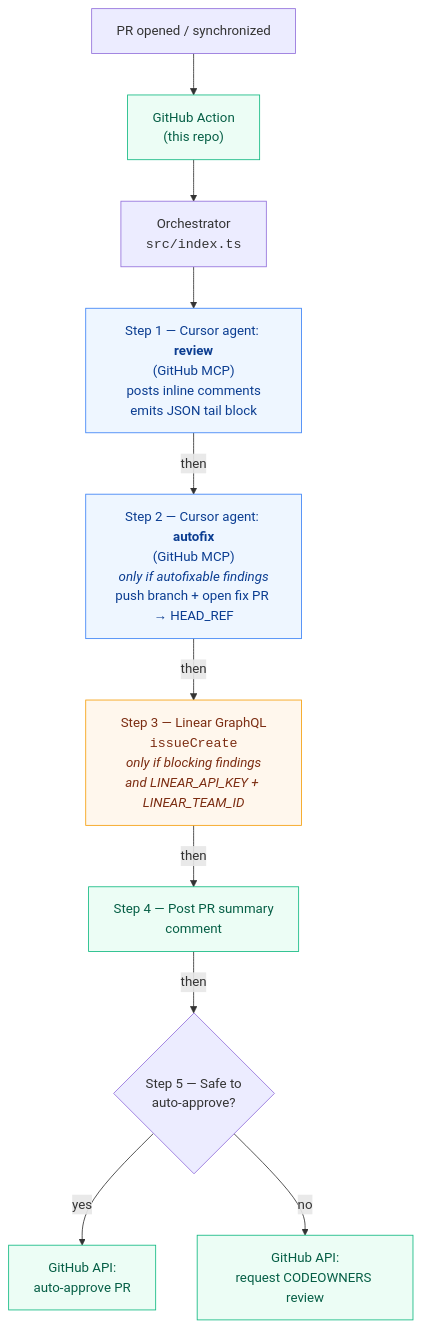
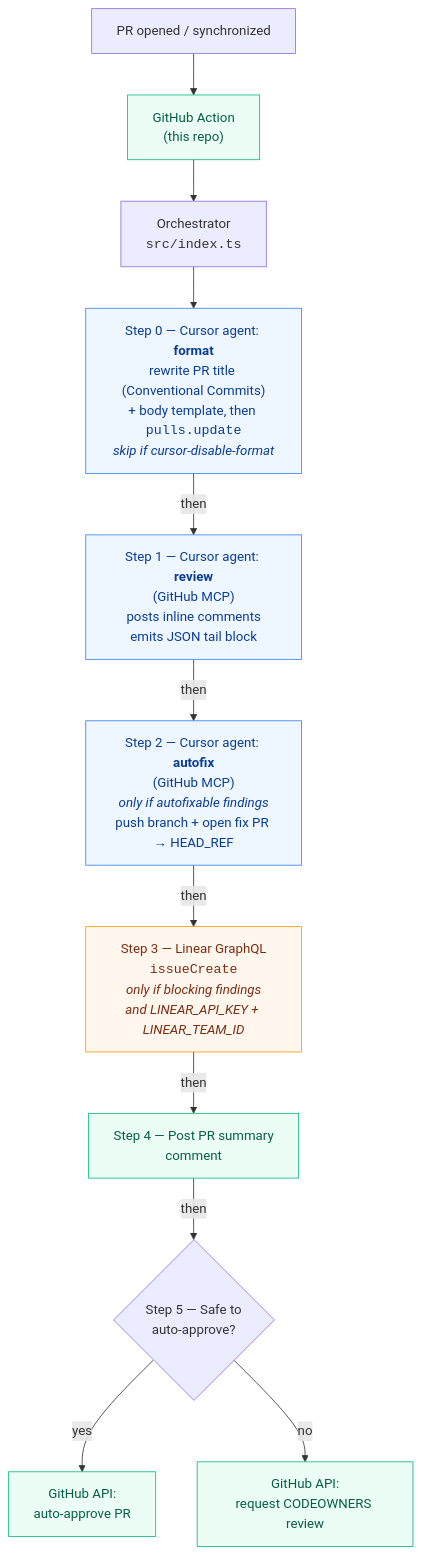
The diagram in README.md (captain-corgi/cursor-sdk-example), drawn with Mermaid before and after one commit. The commit also changed other lines of this file and 5 other files, not shown here.

First line of the commit message:
feat: implement PR title and body formatting step

````diff
--- a/README.md
+++ b/README.md
@@ -15,21 +16,22 @@
 ```mermaid
 flowchart TD
     PR["PR opened / synchronized"] --> Action["GitHub Action<br/>(this repo)"]
     Action --> Orchestrator["Orchestrator<br/><code>src/index.ts</code>"]
 
-    Orchestrator --> Review["Step 1 — Cursor agent: <b>review</b><br/>(GitHub MCP)<br/>posts inline comments<br/>emits JSON tail block"]
+    Orchestrator --> Format["Step 0 — Cursor agent: <b>format</b><br/>rewrite PR title (Conventional Commits)<br/>+ body template, then <code>pulls.update</code><br/><i>skip if cursor-disable-format</i>"]
+    Format -->|then| Review["Step 1 — Cursor agent: <b>review</b><br/>(GitHub MCP)<br/>posts inline comments<br/>emits JSON tail block"]
     Review -->|then| Autofix["Step 2 — Cursor agent: <b>autofix</b><br/>(GitHub MCP)<br/><i>only if autofixable findings</i><br/>push branch + open fix PR → HEAD_REF"]
     Autofix -->|then| Linear["Step 3 — Linear GraphQL<br/><code>issueCreate</code><br/><i>only if blocking findings</i><br/><i>and LINEAR_API_KEY + LINEAR_TEAM_ID</i>"]
     Linear -->|then| Summary["Step 4 — Post PR summary<br/>comment"]
     Summary -->|then| Decide{"Step 5 — Safe to<br/>auto-approve?"}
 
     Decide -->|yes| Approve["GitHub API:<br/>auto-approve PR"]
     Decide -->|no| Reviewers["GitHub API:<br/>request CODEOWNERS review"]
 
     classDef agent fill:#eef6ff,stroke:#3b82f6,color:#0b3d91;
     classDef ext fill:#fff7ed,stroke:#f59e0b,color:#7c2d12;
     classDef gh fill:#ecfdf5,stroke:#10b981,color:#065f46;
-    class Review,Autofix agent;
+    class Format,Review,Autofix agent;
     class Linear ext;
     class Approve,Reviewers,Action,Summary gh;
 ```
````
